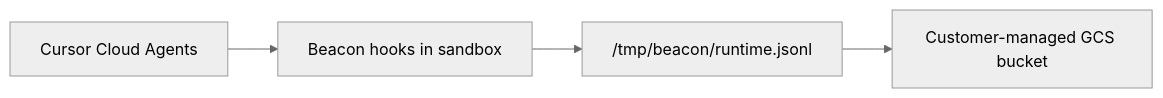
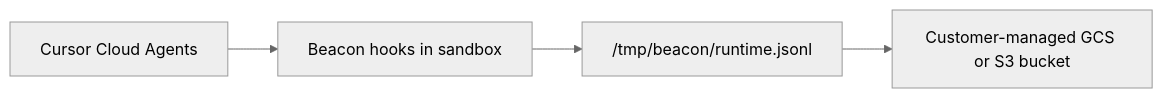
One commit to Asymptote-Labs/agent-beacon changed the diagram in docs/runtimes/cursor-cloud-agents.mdx. Above: the diagram before and after it, drawn with Mermaid (neutral theme). The commit also changed other lines of this file and 11 other files, not shown here.

````diff
--- a/docs/runtimes/cursor-cloud-agents.mdx
+++ b/docs/runtimes/cursor-cloud-agents.mdx
@@ -32,6 +32,6 @@
 ```mermaid
 flowchart LR
   CursorCloud["Cursor Cloud Agents"] --> Hooks["Beacon hooks in sandbox"]
   Hooks --> RuntimeLog["/tmp/beacon/runtime.jsonl"]
-  RuntimeLog --> GCS["Customer-managed GCS bucket"]
+  RuntimeLog --> Storage["Customer-managed GCS or S3 bucket"]
 ```
````
